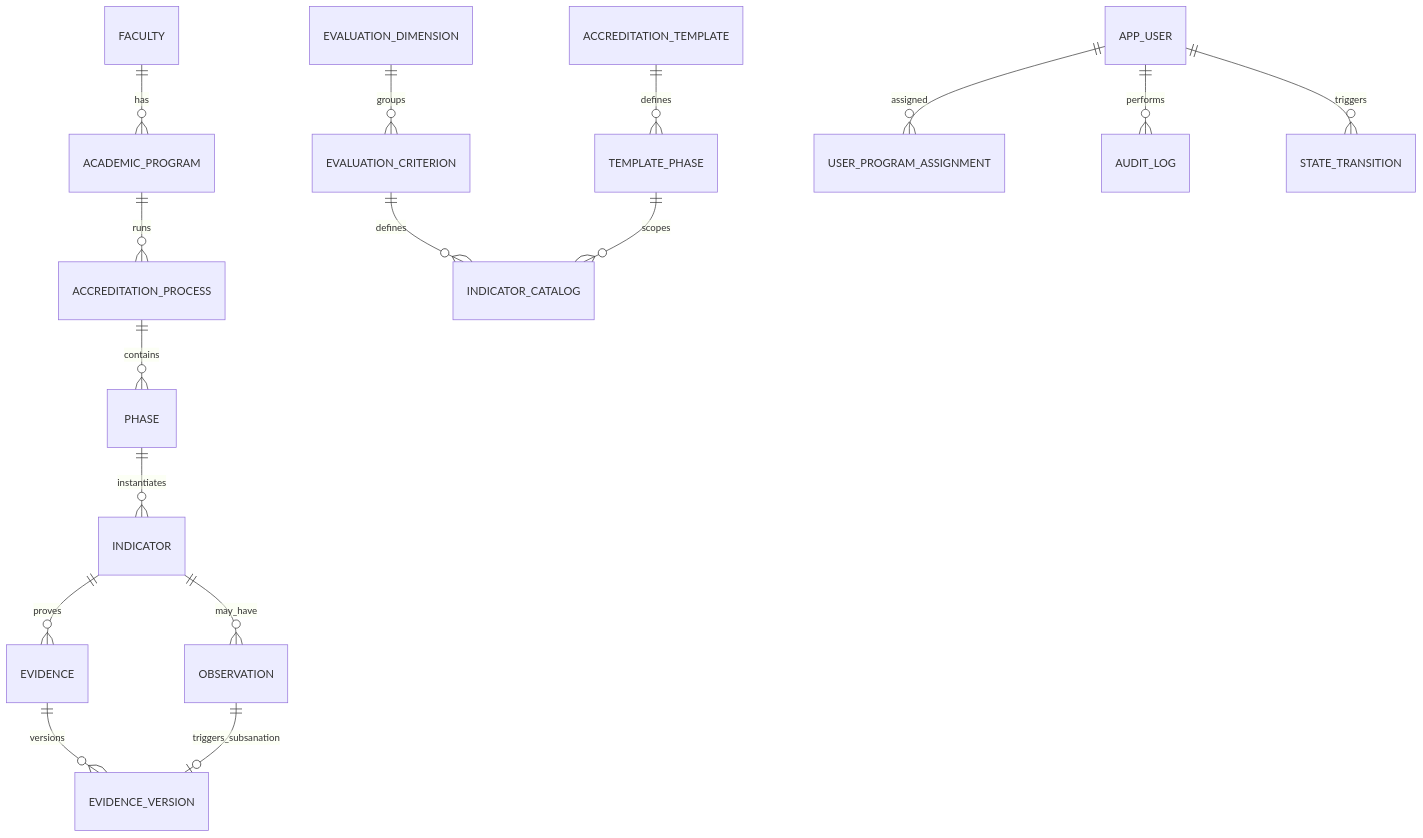
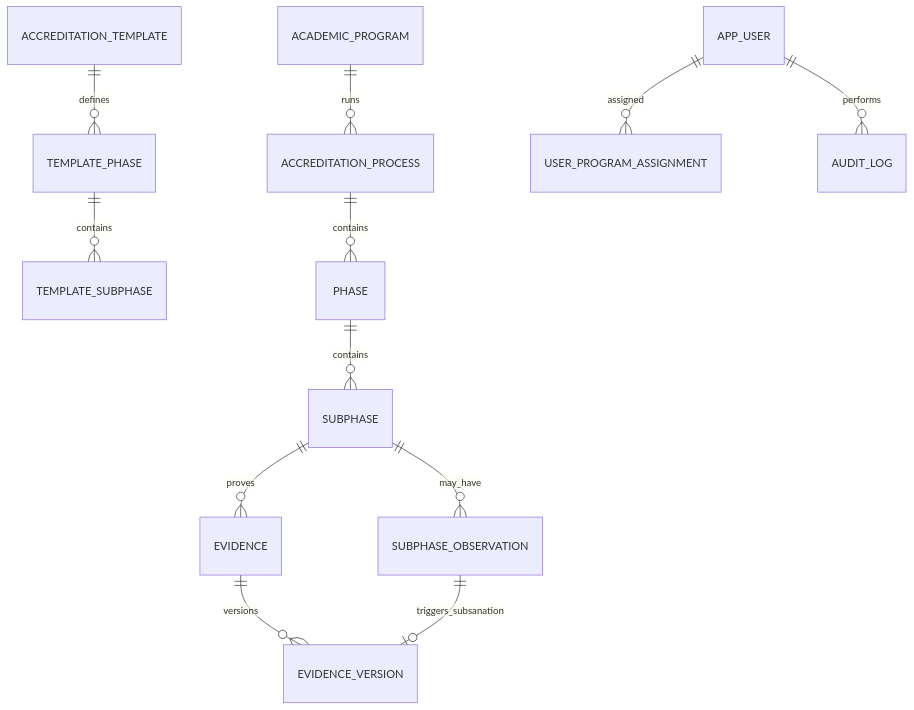
One commit to AcredIA-UMSS/sigesa-acreditacion-umss changed the diagram in docs/product/modelo_datos.md. Above: the diagram before and after it, drawn with Mermaid. The commit also changed other lines of this file and 3564 other files, not shown here.

````diff
--- a/docs/product/modelo_datos.md
+++ b/docs/product/modelo_datos.md
@@ -33,18 +31,14 @@
 ```mermaid
 erDiagram
-  FACULTY ||--o{ ACADEMIC_PROGRAM : has
   ACADEMIC_PROGRAM ||--o{ ACCREDITATION_PROCESS : runs
   ACCREDITATION_TEMPLATE ||--o{ TEMPLATE_PHASE : defines
+  TEMPLATE_PHASE ||--o{ TEMPLATE_SUBPHASE : contains
   ACCREDITATION_PROCESS ||--o{ PHASE : contains
-  EVALUATION_DIMENSION ||--o{ EVALUATION_CRITERION : groups
-  EVALUATION_CRITERION ||--o{ INDICATOR_CATALOG : defines
-  TEMPLATE_PHASE ||--o{ INDICATOR_CATALOG : scopes
-  PHASE ||--o{ INDICATOR : instantiates
-  INDICATOR ||--o{ EVIDENCE : proves
+  PHASE ||--o{ SUBPHASE : contains
+  SUBPHASE ||--o{ EVIDENCE : proves
+  SUBPHASE ||--o{ SUBPHASE_OBSERVATION : may_have
   EVIDENCE ||--o{ EVIDENCE_VERSION : versions
-  INDICATOR ||--o{ OBSERVATION : may_have
-  OBSERVATION ||--o| EVIDENCE_VERSION : triggers_subsanation
+  SUBPHASE_OBSERVATION ||--o| EVIDENCE_VERSION : triggers_subsanation
   APP_USER ||--o{ USER_PROGRAM_ASSIGNMENT : assigned
   APP_USER ||--o{ AUDIT_LOG : performs
-  APP_USER ||--o{ STATE_TRANSITION : triggers
 ```
````
